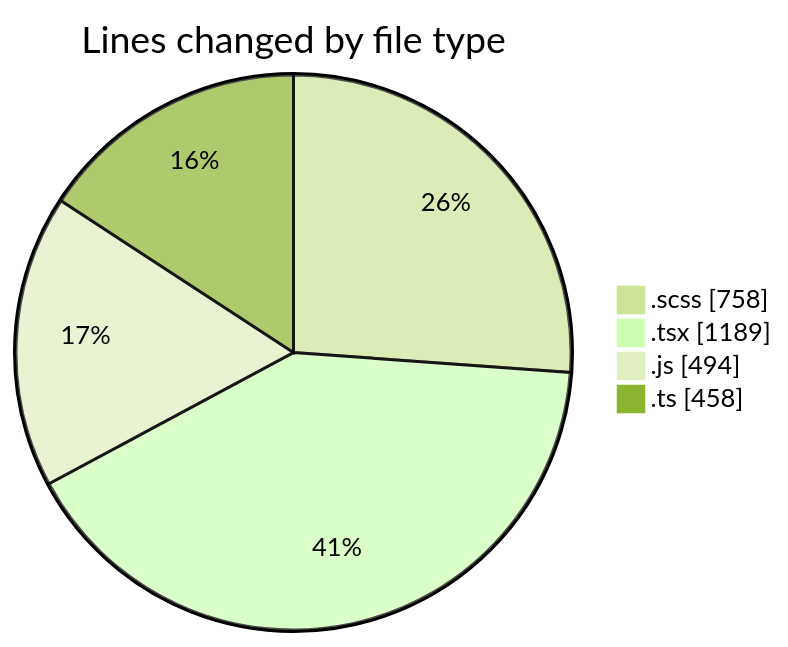
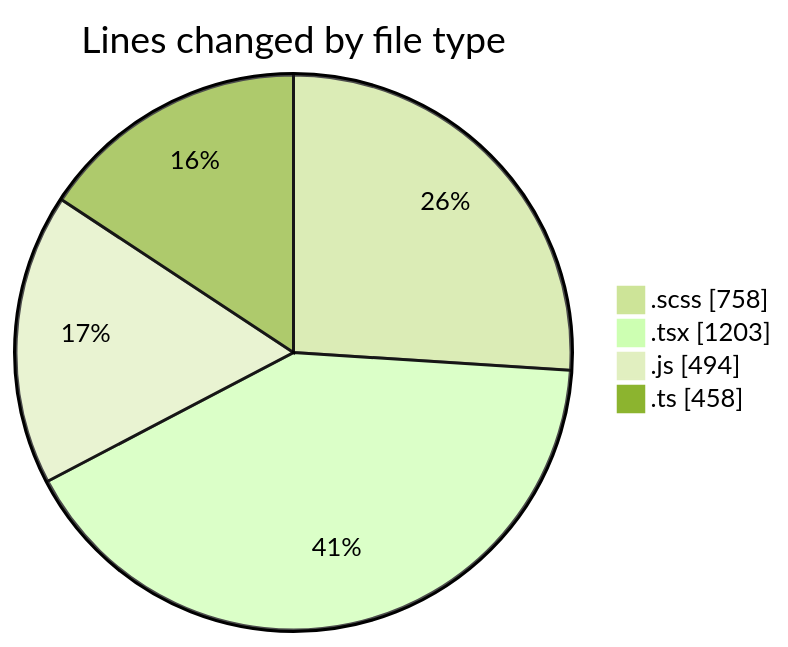
One commit to momahboobian/code-tracking changed the first of 2 diagrams in 2025-03-14/cda/README.md. Above: the diagram before and after it, drawn with Mermaid (forest theme). The commit also changed other lines of this file and 1 other file, not shown here.

````diff
--- a/2025-03-14/cda/README.md
+++ b/2025-03-14/cda/README.md
@@ -34,8 +34,8 @@
 ```mermaid
 pie showData
 title Lines changed by file type
 ".scss" : 758
-".tsx" : 1189
+".tsx" : 1203
 ".js" : 494
 ".ts" : 458
 ```
````
